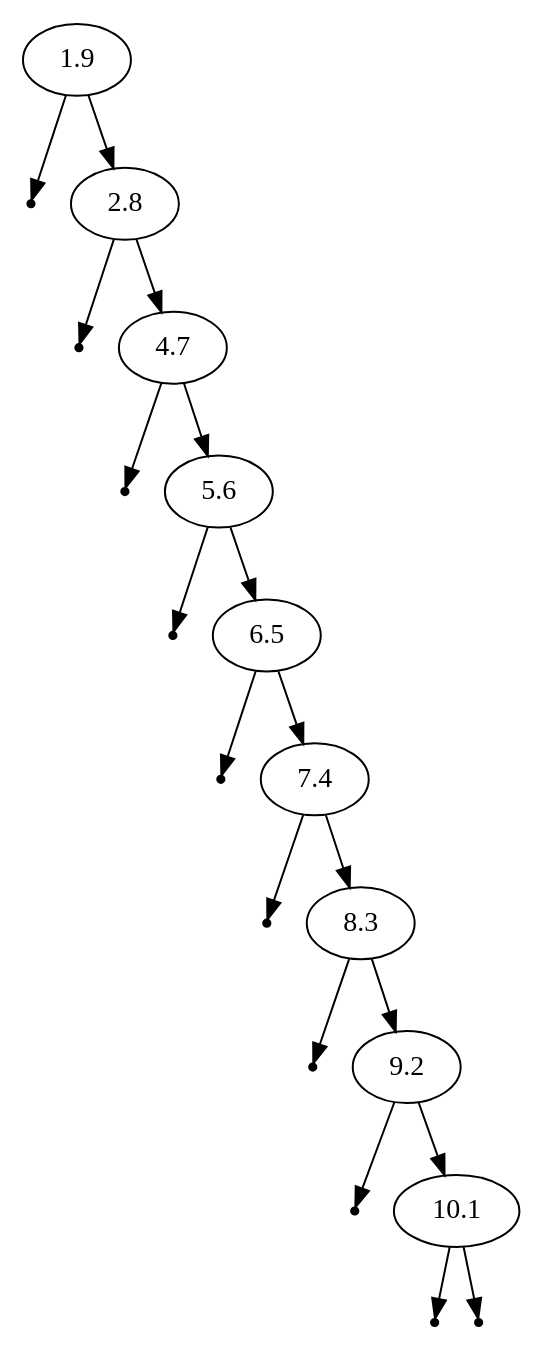
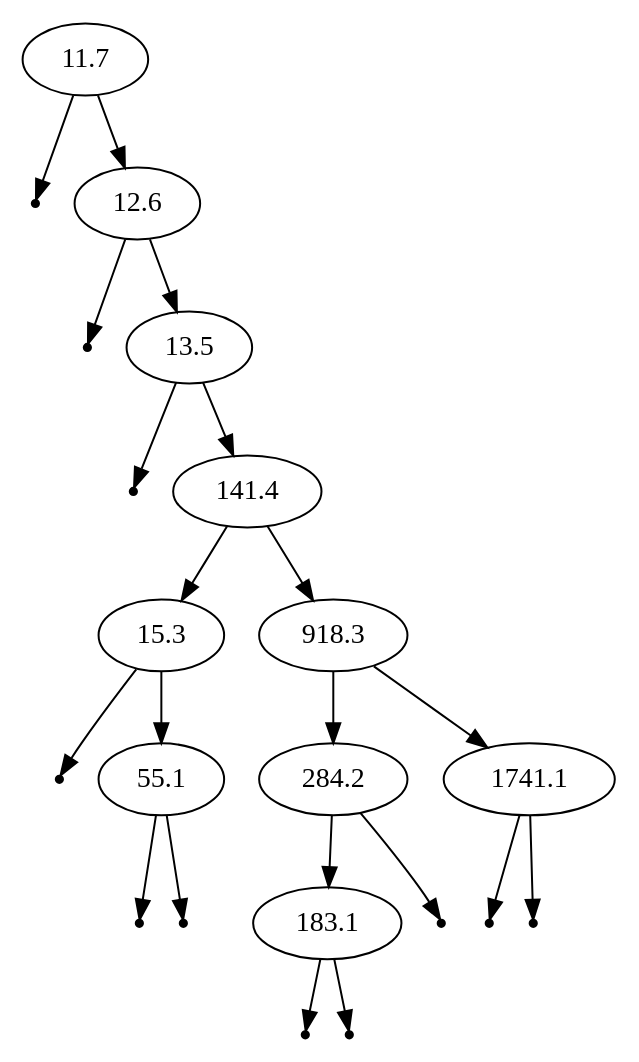
One commit to Yorlend/TaDS changed the diagram in lab_06/bst.dot. Above: the diagram before and after it, drawn with Graphviz. The commit also changed 20 other files, not shown here.

```diff
--- a/lab_06/bst.dot
+++ b/lab_06/bst.dot
@@ -1,30 +1,33 @@
 digraph g {
-    null0 [shape=point];
-    1.9 -> null0;
-    1.9 -> 2.8;
-    null1 [shape=point];
-    2.8 -> null1;
-    2.8 -> 4.7;
-    null2 [shape=point];
-    4.7 -> null2;
-    4.7 -> 5.6;
-    null3 [shape=point];
-    5.6 -> null3;
-    5.6 -> 6.5;
-    null4 [shape=point];
-    6.5 -> null4;
-    6.5 -> 7.4;
-    null5 [shape=point];
-    7.4 -> null5;
-    7.4 -> 8.3;
-    null6 [shape=point];
-    8.3 -> null6;
-    8.3 -> 9.2;
-    null7 [shape=point];
-    9.2 -> null7;
-    9.2 -> 10.1;
-    null8 [shape=point];
-    10.1 -> null8;
-    null9 [shape=point];
-    10.1 -> null9;
+    null24 [shape=point];
+    11.7 -> null24;
+    11.7 -> 12.6;
+    null25 [shape=point];
+    12.6 -> null25;
+    12.6 -> 13.5;
+    null26 [shape=point];
+    13.5 -> null26;
+    13.5 -> 141.4;
+    141.4 -> 15.3;
+    null27 [shape=point];
+    15.3 -> null27;
+    15.3 -> 55.1;
+    null28 [shape=point];
+    55.1 -> null28;
+    null29 [shape=point];
+    55.1 -> null29;
+    141.4 -> 918.3;
+    918.3 -> 284.2;
+    284.2 -> 183.1;
+    null30 [shape=point];
+    183.1 -> null30;
+    null31 [shape=point];
+    183.1 -> null31;
+    null32 [shape=point];
+    284.2 -> null32;
+    918.3 -> 1741.1;
+    null33 [shape=point];
+    1741.1 -> null33;
+    null34 [shape=point];
+    1741.1 -> null34;
 }
```
